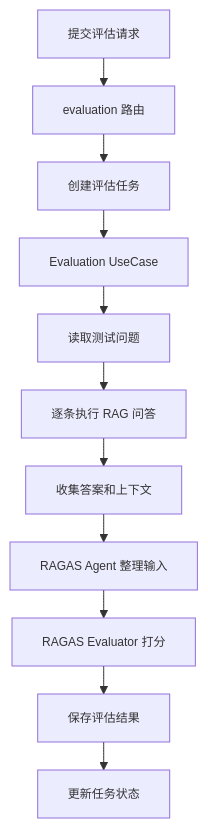
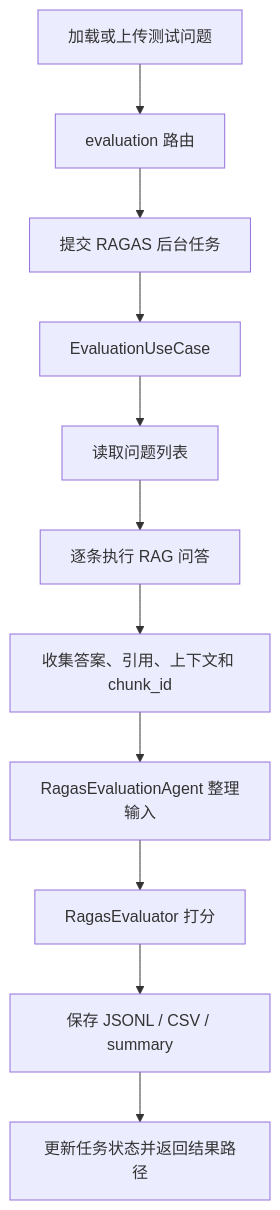
The fourth of 5 diagrams in README.md (TheLadyOfCute/Multi-Agent-RAG), drawn with Mermaid before and after one commit. The commit also changed other lines of this file, not shown here.

````diff
--- a/README.md
+++ b/README.md
@@ -180,14 +193,13 @@
 ```mermaid
-%%{init: {"themeVariables": {"fontSize": "12px"}, "flowchart": {"nodeSpacing": 22, "rankSpacing": 28}}}%%
 flowchart TD
-  A["提交评估请求"] --> B["evaluation 路由"]
-  B --> C["创建评估任务"]
-  C --> D["Evaluation UseCase"]
-  D --> E["读取测试问题"]
+  A["加载或上传测试问题"] --> B["evaluation 路由"]
+  B --> C["提交 RAGAS 后台任务"]
+  C --> D["EvaluationUseCase"]
+  D --> E["读取问题列表"]
   E --> F["逐条执行 RAG 问答"]
-  F --> G["收集答案和上下文"]
-  G --> H["RAGAS Agent 整理输入"]
-  H --> I["RAGAS Evaluator 打分"]
-  I --> J["保存评估结果"]
-  J --> K["更新任务状态"]
+  F --> G["收集答案、引用、上下文和 chunk_id"]
+  G --> H["RagasEvaluationAgent 整理输入"]
+  H --> I["RagasEvaluator 打分"]
+  I --> J["保存 JSONL / CSV / summary"]
+  J --> K["更新任务状态并返回结果路径"]
 ```
````
